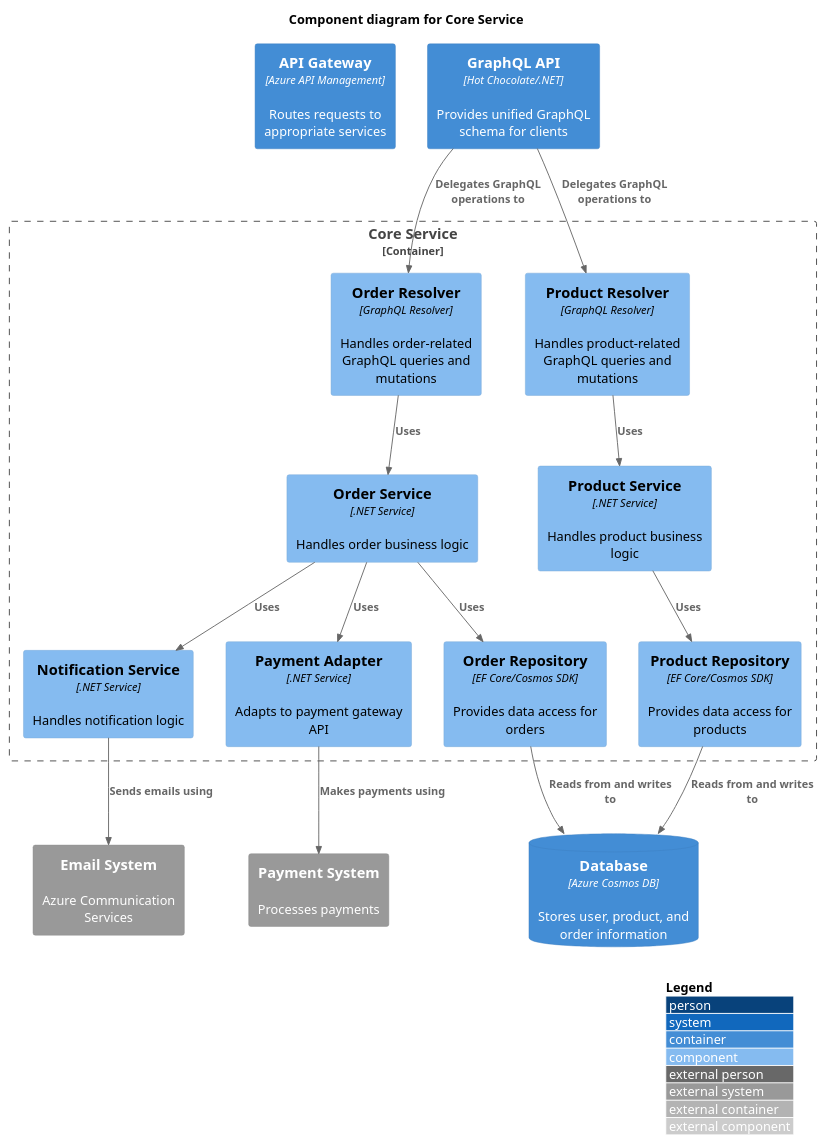
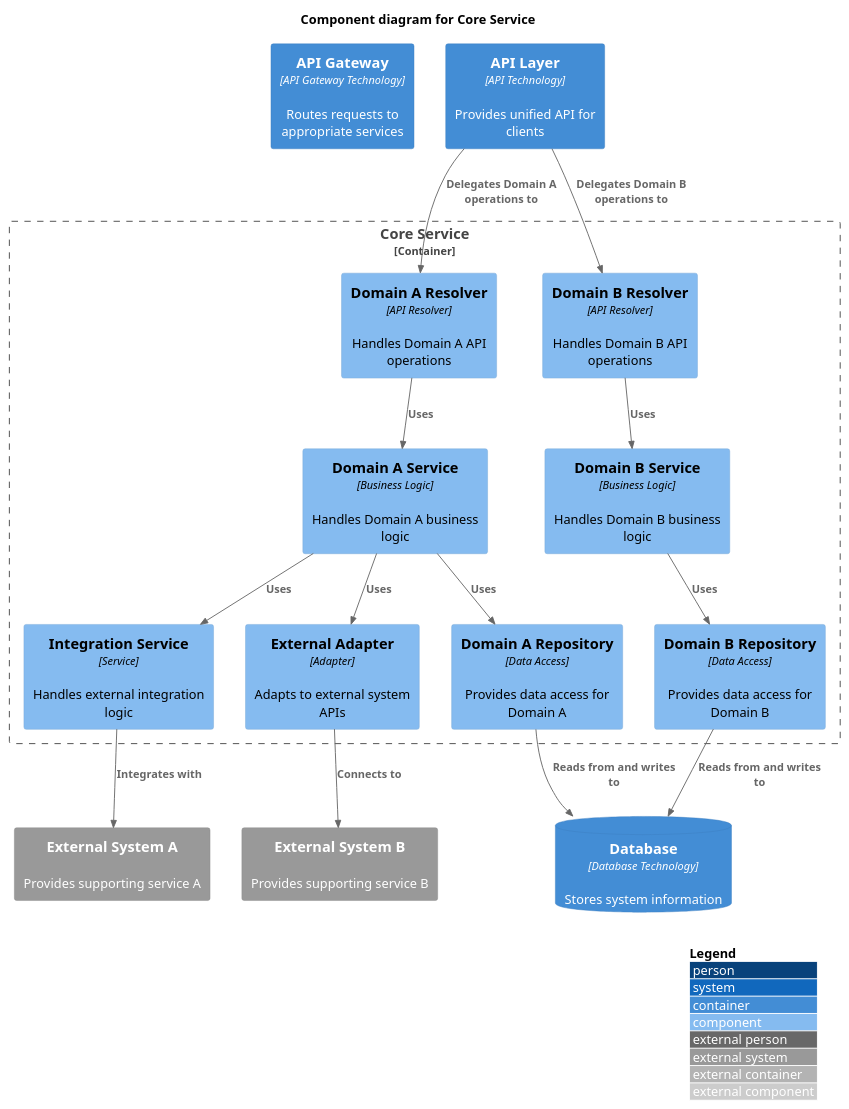
One commit to sjefvanleeuwen/architecture changed the diagram in diagrams/c4_component.puml. Above: the diagram before and after it, drawn with PlantUML. The commit also changed 17 other files, not shown here.

```diff
--- a/diagrams/c4_component.puml
+++ b/diagrams/c4_component.puml
@@ -1,41 +1,41 @@
 @startuml C4_Component
 !include https://raw.githubusercontent.com/plantuml-stdlib/C4-PlantUML/master/C4_Component.puml
 
 LAYOUT_WITH_LEGEND()
 
 title Component diagram for Core Service
 
-Container(apiGateway, "API Gateway", "Azure API Management", "Routes requests to appropriate services")
-Container(graphqlApi, "GraphQL API", "Hot Chocolate/.NET", "Provides unified GraphQL schema for clients")
-ContainerDb(database, "Database", "Azure Cosmos DB", "Stores user, product, and order information")
-System_Ext(emailSystem, "Email System", "Azure Communication Services")
-System_Ext(paymentSystem, "Payment System", "Processes payments")
+Container(apiGateway, "API Gateway", "API Gateway Technology", "Routes requests to appropriate services")
+Container(apiLayer, "API Layer", "API Technology", "Provides unified API for clients")
+ContainerDb(database, "Database", "Database Technology", "Stores system information")
+System_Ext(externalSystem1, "External System A", "Provides supporting service A")
+System_Ext(externalSystem2, "External System B", "Provides supporting service B")
 
 Container_Boundary(coreService, "Core Service") {
-    Component(orderResolver, "Order Resolver", "GraphQL Resolver", "Handles order-related GraphQL queries and mutations")
-    Component(productResolver, "Product Resolver", "GraphQL Resolver", "Handles product-related GraphQL queries and mutations")
-    Component(orderService, "Order Service", ".NET Service", "Handles order business logic")
-    Component(productService, "Product Service", ".NET Service", "Handles product business logic")
-    Component(notificationService, "Notification Service", ".NET Service", "Handles notification logic")
-    Component(paymentAdapter, "Payment Adapter", ".NET Service", "Adapts to payment gateway API")
-    Component(orderRepository, "Order Repository", "EF Core/Cosmos SDK", "Provides data access for orders")
-    Component(productRepository, "Product Repository", "EF Core/Cosmos SDK", "Provides data access for products")
+    Component(domainAResolver, "Domain A Resolver", "API Resolver", "Handles Domain A API operations")
+    Component(domainBResolver, "Domain B Resolver", "API Resolver", "Handles Domain B API operations")
+    Component(domainAService, "Domain A Service", "Business Logic", "Handles Domain A business logic")
+    Component(domainBService, "Domain B Service", "Business Logic", "Handles Domain B business logic")
+    Component(integrationService, "Integration Service", "Service", "Handles external integration logic")
+    Component(externalAdapter, "External Adapter", "Adapter", "Adapts to external system APIs")
+    Component(domainARepository, "Domain A Repository", "Data Access", "Provides data access for Domain A")
+    Component(domainBRepository, "Domain B Repository", "Data Access", "Provides data access for Domain B")
 }
 
-Rel(graphqlApi, orderResolver, "Delegates GraphQL operations to")
-Rel(graphqlApi, productResolver, "Delegates GraphQL operations to")
+Rel(apiLayer, domainAResolver, "Delegates Domain A operations to")
+Rel(apiLayer, domainBResolver, "Delegates Domain B operations to")
 
-Rel(orderResolver, orderService, "Uses")
-Rel(productResolver, productService, "Uses")
+Rel(domainAResolver, domainAService, "Uses")
+Rel(domainBResolver, domainBService, "Uses")
 
-Rel(orderService, orderRepository, "Uses")
-Rel(orderService, notificationService, "Uses")
-Rel(orderService, paymentAdapter, "Uses")
-Rel(productService, productRepository, "Uses")
+Rel(domainAService, domainARepository, "Uses")
+Rel(domainAService, integrationService, "Uses")
+Rel(domainAService, externalAdapter, "Uses")
+Rel(domainBService, domainBRepository, "Uses")
 
-Rel(orderRepository, database, "Reads from and writes to")
-Rel(productRepository, database, "Reads from and writes to")
-Rel(notificationService, emailSystem, "Sends emails using")
-Rel(paymentAdapter, paymentSystem, "Makes payments using")
+Rel(domainARepository, database, "Reads from and writes to")
+Rel(domainBRepository, database, "Reads from and writes to")
+Rel(integrationService, externalSystem1, "Integrates with")
+Rel(externalAdapter, externalSystem2, "Connects to")
 
 @enduml
```
